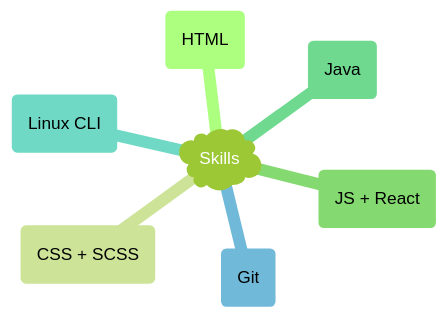
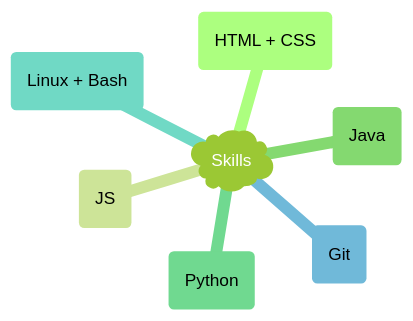
One commit to darkdr1ver/darkdr1ver changed the diagram in README.md. Above: the diagram before and after it, drawn with Mermaid (forest theme). The commit also changed other lines of this file, not shown here.

````diff
--- a/README.md
+++ b/README.md
@@ -11,10 +11,10 @@
 ```mermaid
 mindmap
   root)Skills(
-    HTML(HTML)
-    CSS(CSS + SCSS)
-    JS(JS + React)
+    HTML/CSS(HTML + CSS)
+    JS(JS)
     Java(Java)
-    Linux(Linux CLI)
+    Python(Python)
+    Linux(Linux + Bash)
     Git(Git)
 ```
````
